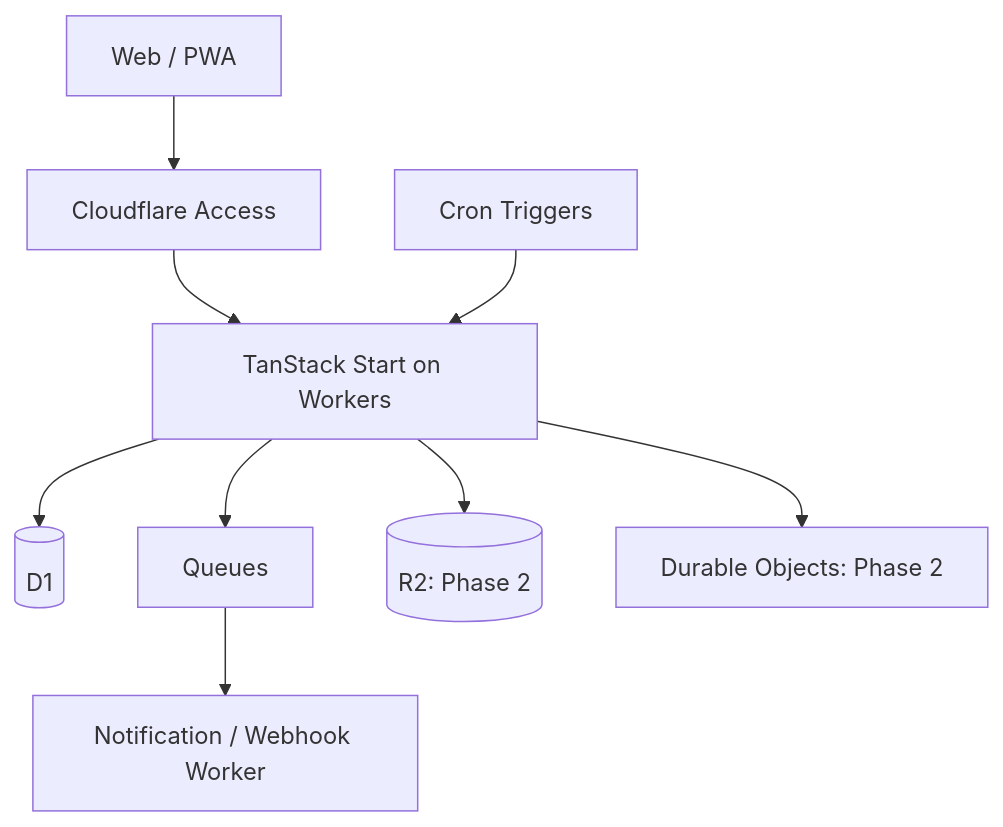
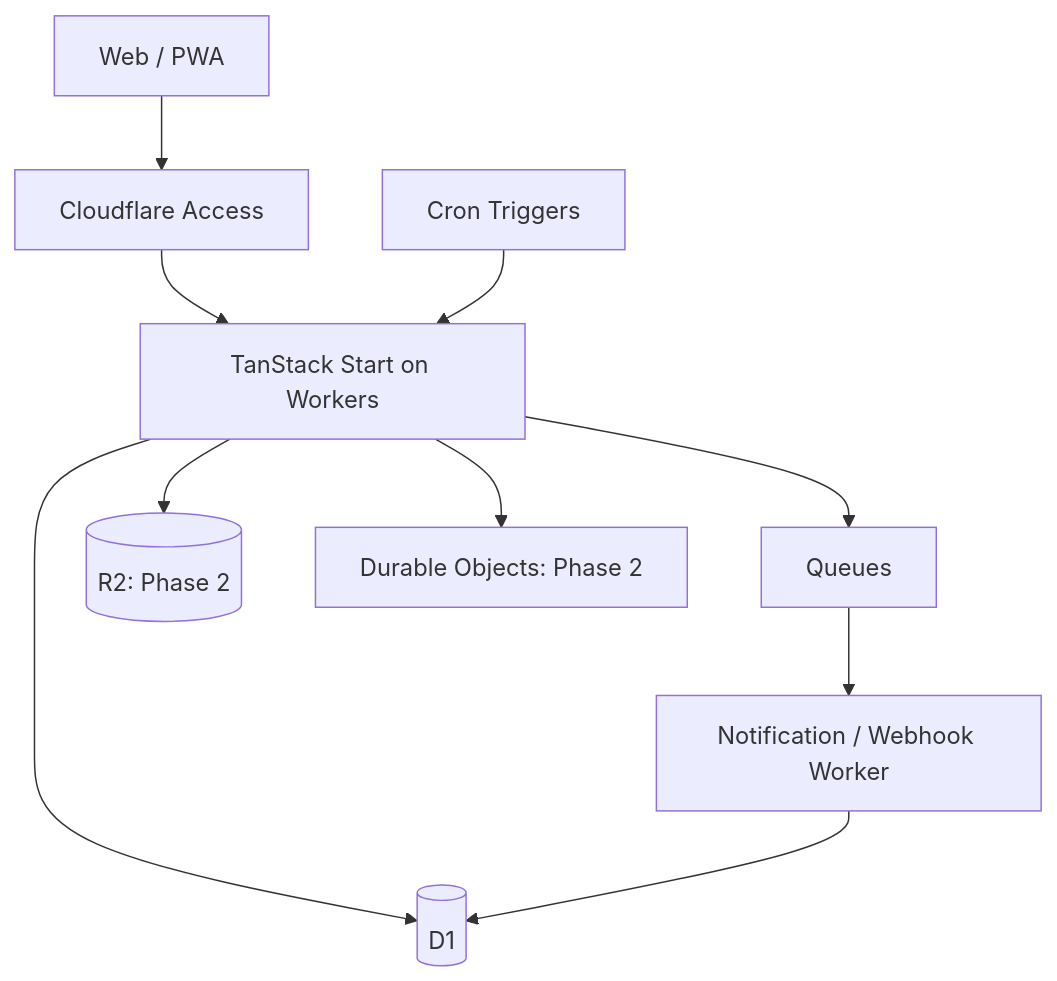
One commit to yushi265/orbit changed the third of 3 diagrams in REQUIREMENTS.md. Above: the diagram before and after it, drawn with Mermaid. The commit also changed other lines of this file, not shown here.

````diff
--- a/REQUIREMENTS.md
+++ b/REQUIREMENTS.md
@@ -399,11 +400,12 @@
 ```mermaid
 flowchart TD
   U[Web / PWA] --> A[Cloudflare Access]
   A --> W[TanStack Start on Workers]
   W --> D[(D1)]
   W --> Q[Queues]
   W --> R[(R2: Phase 2)]
   W --> O[Durable Objects: Phase 2]
   C[Cron Triggers] --> W
   Q --> N[Notification / Webhook Worker]
+  N --> D
 ```
````
